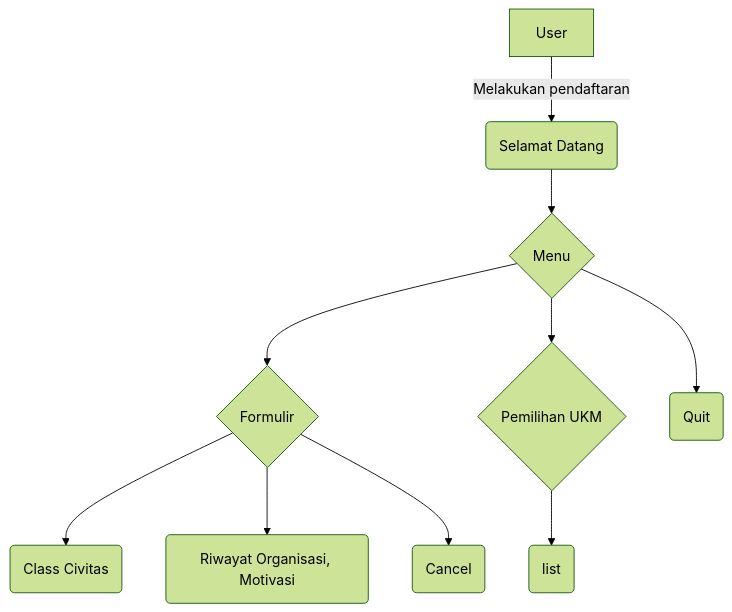
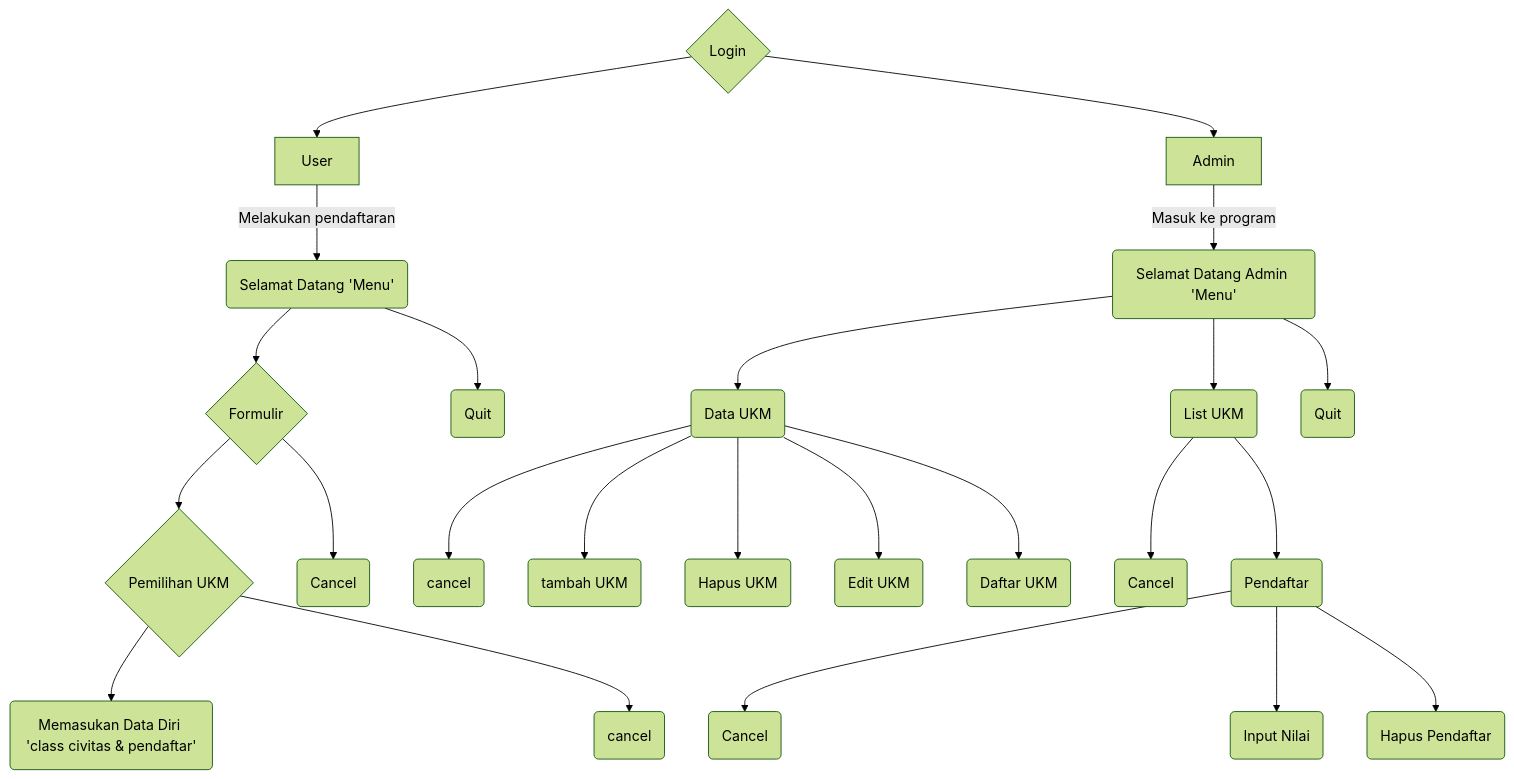
Before and after one commit to FTRHOST/spormawa-pbo: the diagram in proses/tahap1.md, drawn with Mermaid (forest theme). The commit also changed other lines of this file and 1 other file, not shown here.

````diff
--- a/proses/tahap1.md
+++ b/proses/tahap1.md
@@ -36,13 +36,33 @@
 ```mermaid
  graph TD
-    A[User] -->|Melakukan pendaftaran| B(Selamat Datang)
-    B --> C{Menu}
-    C --> D{Formulir}
-    D --> E(Class Civitas)
-    D --> F(Riwayat Organisasi, Motivasi)
+    login{Login} --> A
+    login --> M
+
+
+    A[User] -->|Melakukan pendaftaran| B(Selamat Datang 'Menu')
+    B --> D{Formulir}
+    H --> E(Memasukan Data Diri 'class civitas & pendaftar')
     D --> G(Cancel)
 
-    C --> H{Pemilihan UKM}
-    H --> J(list)
-    C --> I(Quit)
+    D --> H{Pemilihan UKM}
+    H --> J(cancel)
+    B --> I(Quit)
+
+    M[Admin] -->|Masuk ke program| O(Selamat Datang Admin 'Menu')
+    O --> P(Data UKM)
+    P --> CncleD(cancel)
+    P --> V(tambah UKM)
+    P --> hpsukm(Hapus UKM)
+    P --> edtUKM(Edit UKM)
+    P --> listUkm(Daftar UKM)
+
+
+    O --> S(List UKM)
+    S --> cUKM(Cancel)
+    S --> pilukm(Pendaftar)
+    pilukm --> Cpilukm(Cancel)
+    pilukm --> T(Input Nilai)
+    pilukm --> U(Hapus Pendaftar)
+
+    O --> R(Quit)
 ```
````
